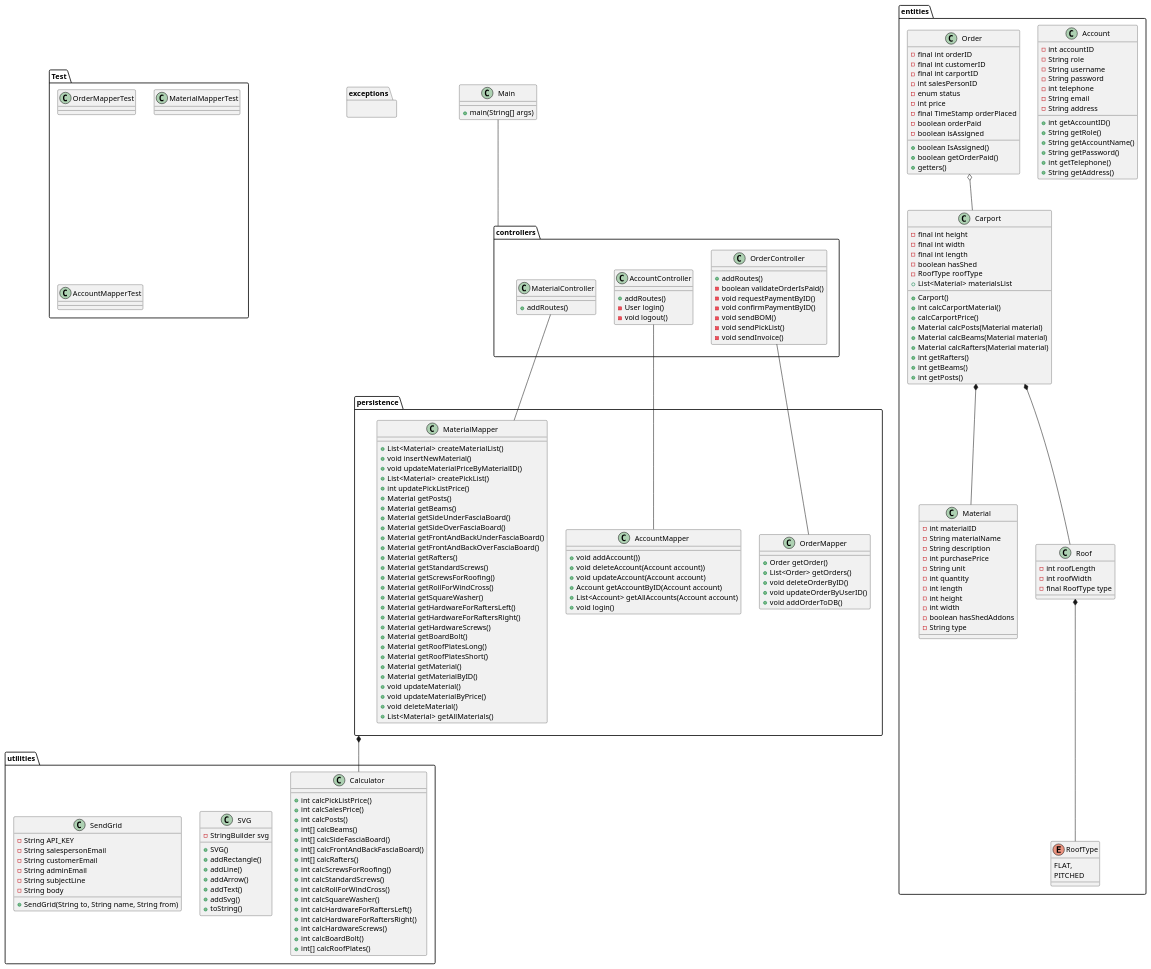
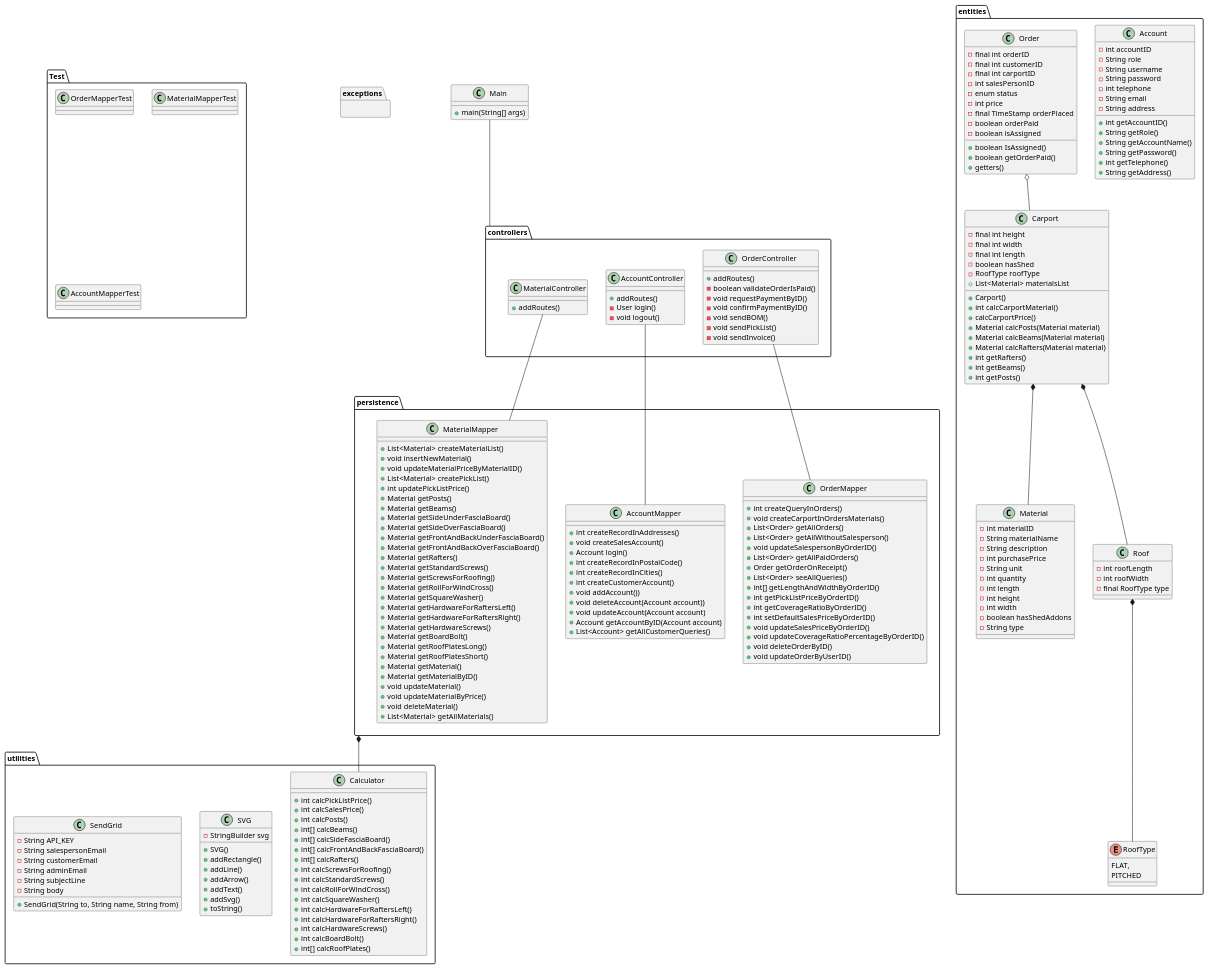
Before and after one commit to mridrisisci/fog-projekt: the diagram in docs/class diagrams/classDiagramV3.puml, drawn with PlantUML.

```diff
--- a/docs/class diagrams/classDiagramV3.puml
+++ b/docs/class diagrams/classDiagramV3.puml
@@ -160,12 +160,22 @@
 
 package persistence {
     class OrderMapper {
-    + Order getOrder()
-    'hent alle forespørgsler
-    + List<Order> getOrders()
+    + int createQueryInOrders()
+    + void createCarportInOrdersMaterials()
+    + List<Order> getAllOrders()
+    + List<Order> getAllWithoutSalesperson()
+    + void updateSalespersonByOrderID()
+    + List<Order> getAllPaidOrders()
+    + Order getOrderOnReceipt()
+    + List<Order> seeAllQueries()
+    + int[] getLengthAndWidthByOrderID()
+    + int getPickListPriceByOrderID()
+    + int getCoverageRatioByOrderID()
+    + int setDefaultSalesPriceByOrderID()
+    + void updateSalesPriceByOrderID()
+    + void updateCoverageRatioPercentageByOrderID()
     + void deleteOrderByID()
     + void updateOrderByUserID()
-    + void addOrderToDB()
     }
 
     class MaterialMapper {
@@ -200,12 +210,17 @@
     }
 
     class AccountMapper {
+    + int createRecordInAddresses()
+    + void createSalesAccount()
+    + Account login()
+    + int createRecordInPostalCode()
+    + int createRecordInCities()
+    + int createCustomerAccount()
     + void addAccount())
     + void deleteAccount(Account account))
     + void updateAccount(Account account)
     + Account getAccountByID(Account account)
-    + List<Account> getAllAccounts(Account account)
-    + void login()
+    + List<Account> getAllCustomerQueries()
     }
 }
 
```
